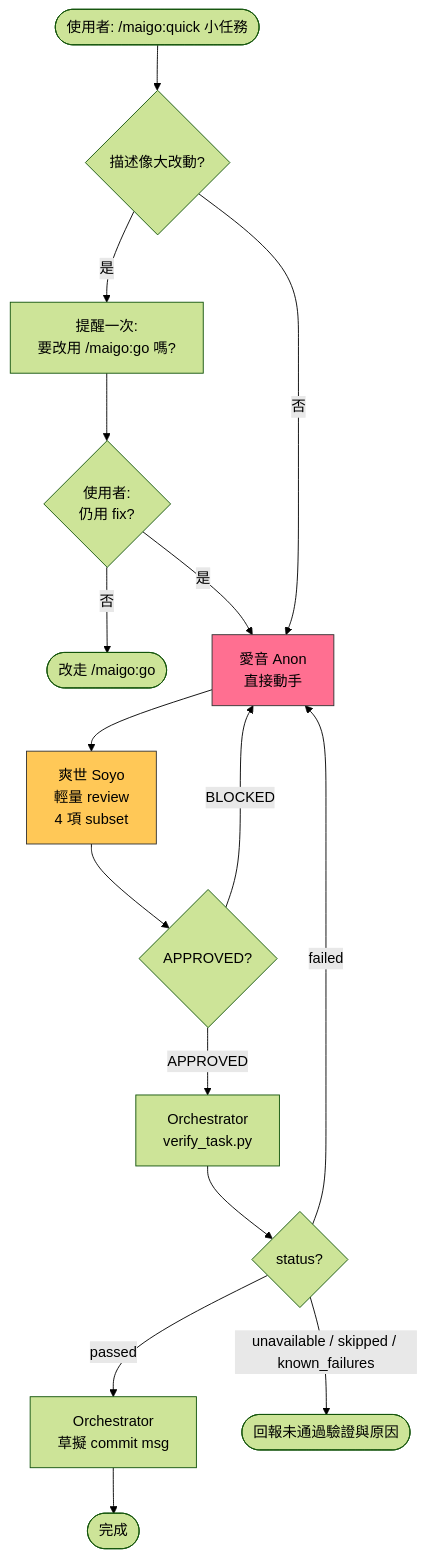
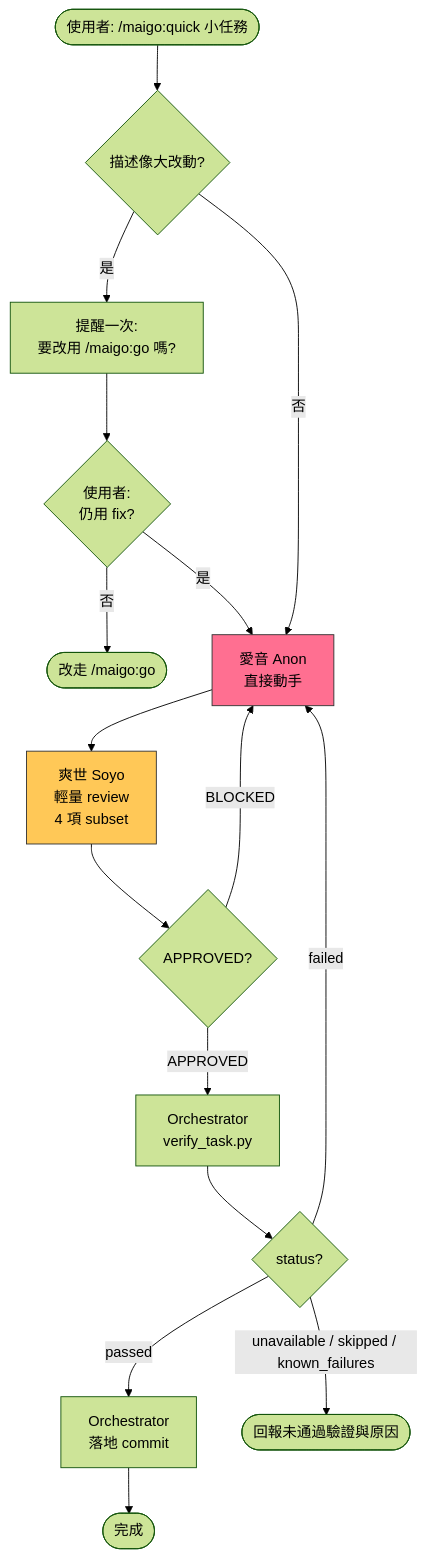
Before and after one commit to Lee-W/maigo: the diagram in docs/commands/quick.md, drawn with Mermaid (forest theme). The commit also changed 12 other files, not shown here.

````diff
--- a/docs/commands/quick.md
+++ b/docs/commands/quick.md
@@ -1,26 +1,26 @@
 ```mermaid
 flowchart TD
     Start([使用者: /maigo:quick 小任務]) --> Gate{描述像大改動?}
     Gate -- 是 --> Warn[提醒一次:<br/>要改用 /maigo:go 嗎?]
     Warn --> UserChoose{使用者:<br/>仍用 fix?}
     UserChoose -- 否 --> Redirect([改走 /maigo:go])
     UserChoose -- 是 --> Anon
     Gate -- 否 --> Anon[愛音 Anon<br/>直接動手]
     Anon --> Soyo[爽世 Soyo<br/>輕量 review<br/>4 項 subset]
     Soyo --> SoyoVerdict{APPROVED?}
     SoyoVerdict -- BLOCKED --> Anon
     SoyoVerdict -- APPROVED --> Verification[Orchestrator<br/>verify_task.py]
     Verification --> HookVerdict{status?}
     HookVerdict -- failed --> Anon
-    HookVerdict -- passed --> Commit[Orchestrator<br/>草擬 commit msg]
+    HookVerdict -- passed --> Commit[Orchestrator<br/>落地 commit]
     HookVerdict -- unavailable / skipped / known_failures --> Unverified([回報未通過驗證與原因])
     Commit --> Done([完成])
 
     classDef raana fill:#6EEB83,stroke:#333,color:#000
     classDef tomori fill:#6EC1E4,stroke:#333,color:#000
     classDef anon fill:#FF6F91,stroke:#333,color:#000
     classDef soyo fill:#FFC857,stroke:#333,color:#000
     classDef taki fill:#7A5CFF,stroke:#333,color:#fff
     class Anon anon
     class Soyo soyo
 ```
````
